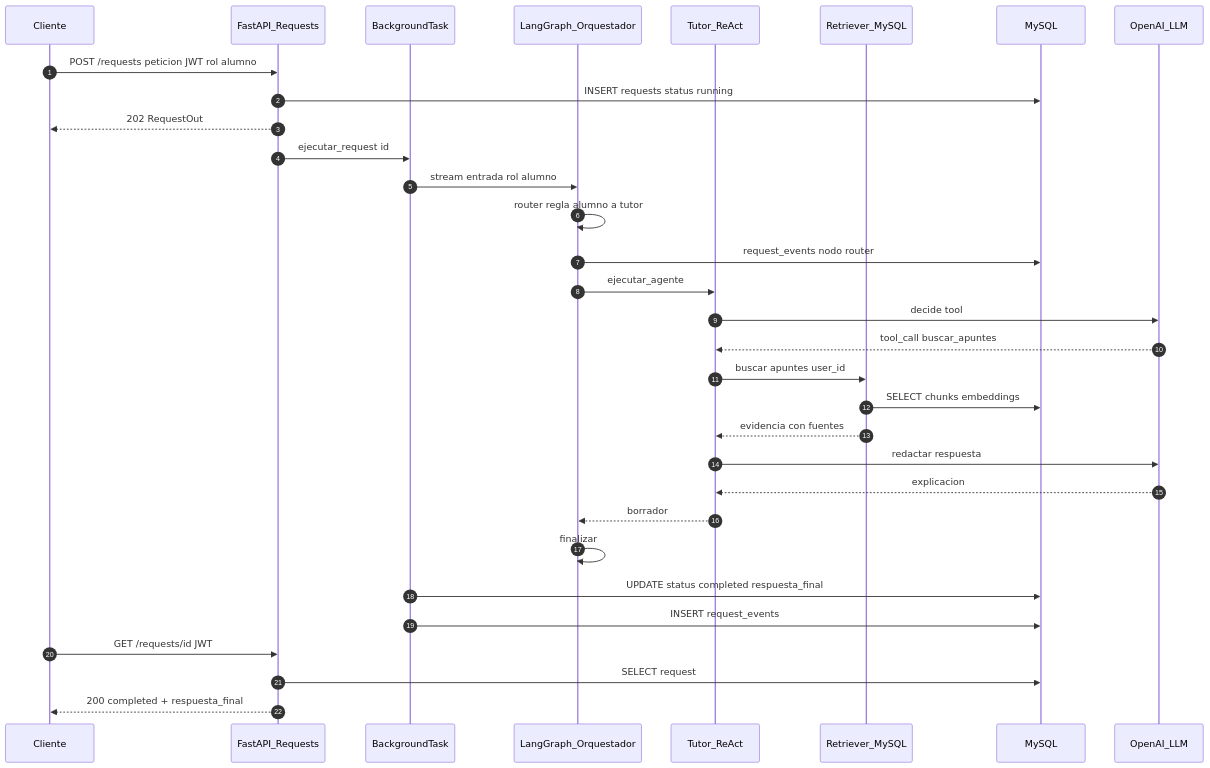
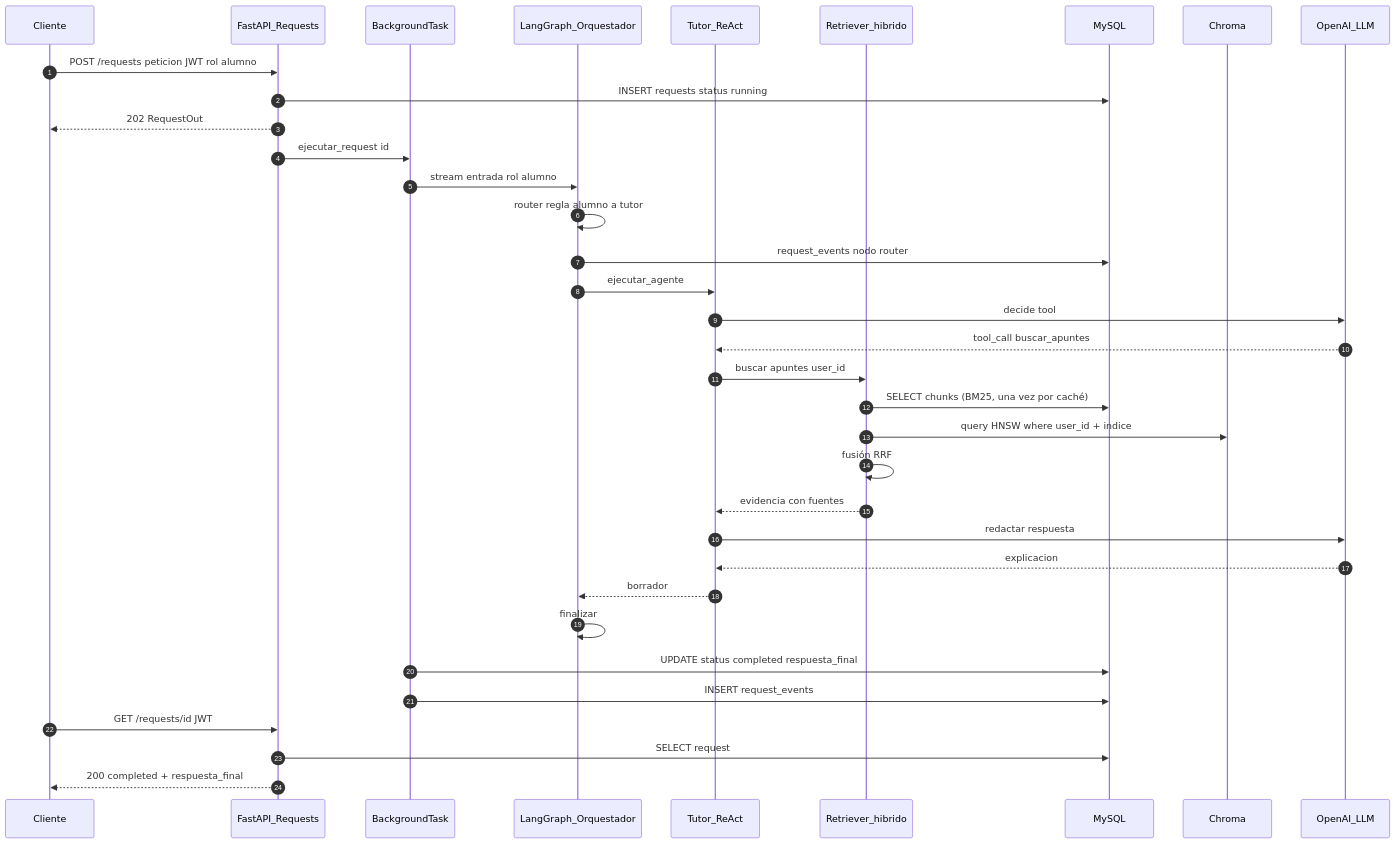
One commit to DavidLeonP/Orquestacion-Agentes changed the fourth of 9 diagrams in docs/diagramas-secuencia.md. Above: the diagram before and after it, drawn with Mermaid. The commit also changed other lines of this file and 70 other files, not shown here.

````diff
--- a/docs/diagramas-secuencia.md
+++ b/docs/diagramas-secuencia.md
@@ -110,37 +114,40 @@
 ```mermaid
 sequenceDiagram
     autonumber
     participant C as Cliente
     participant API as FastAPI_Requests
     participant BG as BackgroundTask
     participant Orq as LangGraph_Orquestador
     participant Tutor as Tutor_ReAct
-    participant RAG as Retriever_MySQL
+    participant RAG as Retriever_hibrido
     participant DB as MySQL
+    participant CH as Chroma
     participant LLM as OpenAI_LLM
 
     C->>API: POST /requests peticion JWT rol alumno
     API->>DB: INSERT requests status running
     API-->>C: 202 RequestOut
     API->>BG: ejecutar_request id
 
     BG->>Orq: stream entrada rol alumno
     Orq->>Orq: router regla alumno a tutor
     Orq->>DB: request_events nodo router
     Orq->>Tutor: ejecutar_agente
     Tutor->>LLM: decide tool
     LLM-->>Tutor: tool_call buscar_apuntes
     Tutor->>RAG: buscar apuntes user_id
-    RAG->>DB: SELECT chunks embeddings
+    RAG->>DB: SELECT chunks (BM25, una vez por caché)
+    RAG->>CH: query HNSW where user_id + indice
+    RAG->>RAG: fusión RRF
     RAG-->>Tutor: evidencia con fuentes
     Tutor->>LLM: redactar respuesta
     LLM-->>Tutor: explicacion
     Tutor-->>Orq: borrador
     Orq->>Orq: finalizar
     BG->>DB: UPDATE status completed respuesta_final
     BG->>DB: INSERT request_events
 
     C->>API: GET /requests/id JWT
     API->>DB: SELECT request
     API-->>C: 200 completed + respuesta_final
 ```
````
